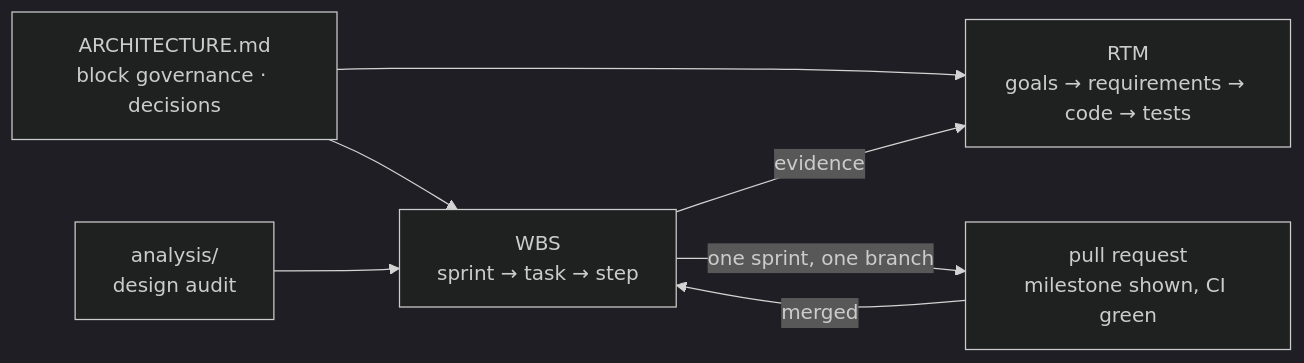
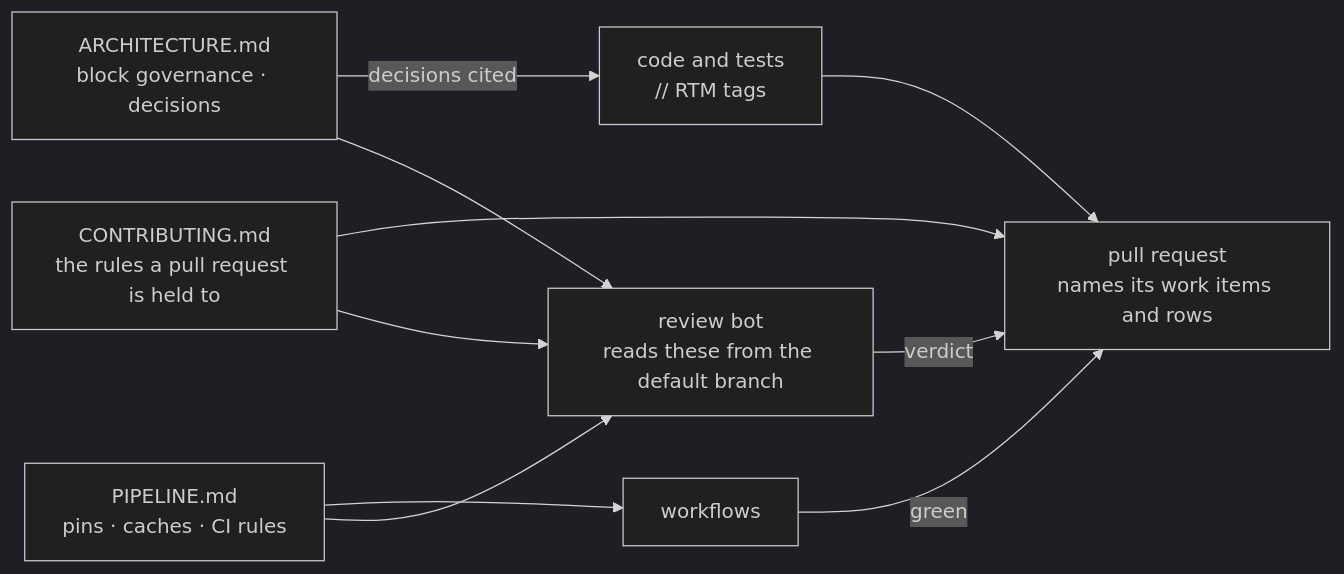
The diagram in development/README.md (Aptix-Bio/Iris-Slide), drawn with Mermaid (dark theme) before and after one commit. The commit also changed other lines of this file and 21 other files, not shown here.

````diff
--- a/development/README.md
+++ b/development/README.md
@@ -20,9 +21,12 @@
 ```mermaid
 flowchart LR
-    ARCH["ARCHITECTURE.md<br/>block governance · decisions"] --> WBS["WBS<br/>sprint → task → step"]
-    AUD["analysis/<br/>design audit"] --> WBS
-    ARCH --> RTM["RTM<br/>goals → requirements → code → tests"]
-    WBS -->|"evidence"| RTM
-    WBS -->|"one sprint, one branch"| PR["pull request<br/>milestone shown, CI green"]
-    PR -->|"merged"| WBS
+    ARCH["ARCHITECTURE.md<br/>block governance · decisions"] -->|"decisions cited"| CODE["code and tests<br/>// RTM tags"]
+    CONTRIB["CONTRIBUTING.md<br/>the rules a pull request is held to"] --> PR["pull request<br/>names its work items and rows"]
+    PIPE["PIPELINE.md<br/>pins · caches · CI rules"] --> CI["workflows"]
+    CODE --> PR
+    CI -->|"green"| PR
+    BOT["review bot<br/>reads these from the default branch"] -->|"verdict"| PR
+    ARCH --> BOT
+    CONTRIB --> BOT
+    PIPE --> BOT
 ```
````
